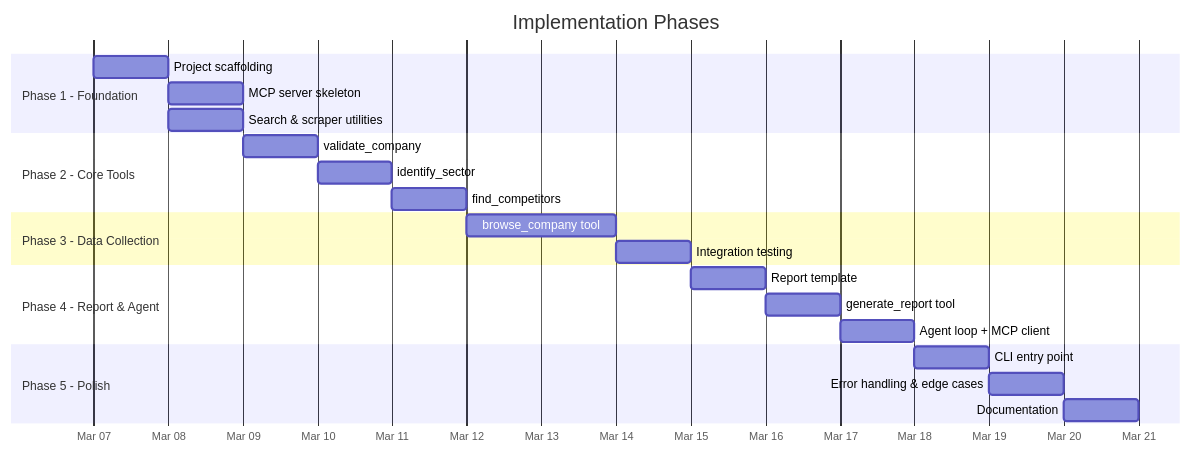
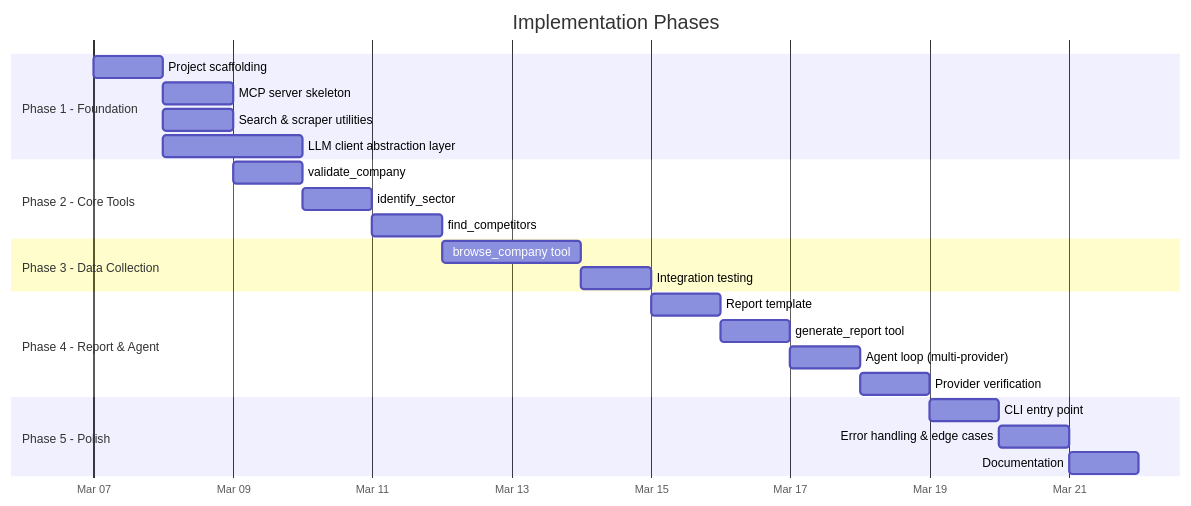
Before and after one commit to mondweep/vibe-cast: the first of 7 diagrams in input/implementation-plan.md, drawn with Mermaid. The commit also changed other lines of this file and 1 other file, not shown here.

First line of the commit message:
Add multi-provider LLM support (Gemini/Claude/OpenAI)

````diff
--- a/input/implementation-plan.md
+++ b/input/implementation-plan.md
@@ -14,30 +14,32 @@
 ```mermaid
 gantt
     title Implementation Phases
     dateFormat  YYYY-MM-DD
     axisFormat  %b %d
 
     section Phase 1 - Foundation
     Project scaffolding           :p1a, 2026-03-07, 1d
     MCP server skeleton           :p1b, after p1a, 1d
     Search & scraper utilities    :p1c, after p1a, 1d
+    LLM client abstraction layer  :p1d, after p1a, 2d
 
     section Phase 2 - Core Tools
     validate_company              :p2a, after p1b, 1d
     identify_sector               :p2b, after p2a, 1d
     find_competitors              :p2c, after p2b, 1d
 
     section Phase 3 - Data Collection
     browse_company tool           :p3a, after p2c, 2d
     Integration testing           :p3b, after p3a, 1d
 
     section Phase 4 - Report & Agent
     Report template               :p4a, after p3b, 1d
     generate_report tool          :p4b, after p4a, 1d
-    Agent loop + MCP client       :p4c, after p4b, 1d
+    Agent loop (multi-provider)   :p4c, after p4b, 1d
+    Provider verification         :p4d, after p4c, 1d
 
     section Phase 5 - Polish
-    CLI entry point               :p5a, after p4c, 1d
+    CLI entry point               :p5a, after p4d, 1d
     Error handling & edge cases   :p5b, after p5a, 1d
     Documentation                 :p5c, after p5b, 1d
 ```
````
